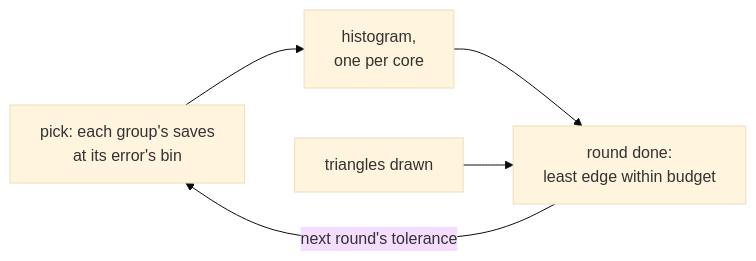
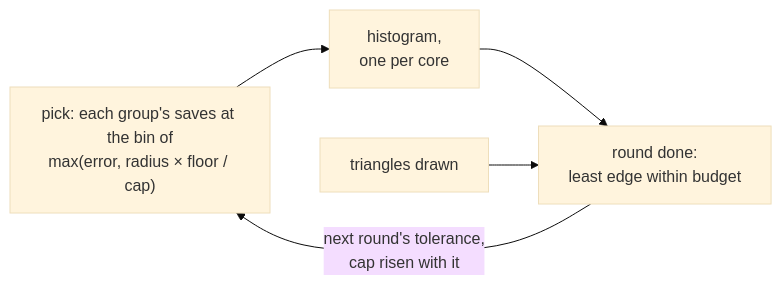
The diagram in docs/plans/Cluster-LOD.md (jose-villegas/autana), drawn with Mermaid (base theme) before and after one commit. The commit also changed other lines of this file and 4 other files, not shown here.

Commit message:
The steered floor is at least the first bin's edge; the cap's rise takes a tolerance (autana-szwkm)

````diff
--- a/docs/plans/Cluster-LOD.md
+++ b/docs/plans/Cluster-LOD.md
@@ -65,7 +65,7 @@
 ```mermaid
 flowchart LR
-    Pick["pick: each group's saves<br/>at its error's bin"] --> Hist["histogram,<br/>one per core"]
+    Pick["pick: each group's saves at the bin of<br/>max(error, radius × floor / cap)"] --> Hist["histogram,<br/>one per core"]
     Hist --> Steer["round done:<br/>least edge within budget"]
     Drawn["triangles drawn"] --> Steer
-    Steer -->|"next round's tolerance"| Pick
+    Steer -->|"next round's tolerance,<br/>cap risen with it"| Pick
 ```
````
